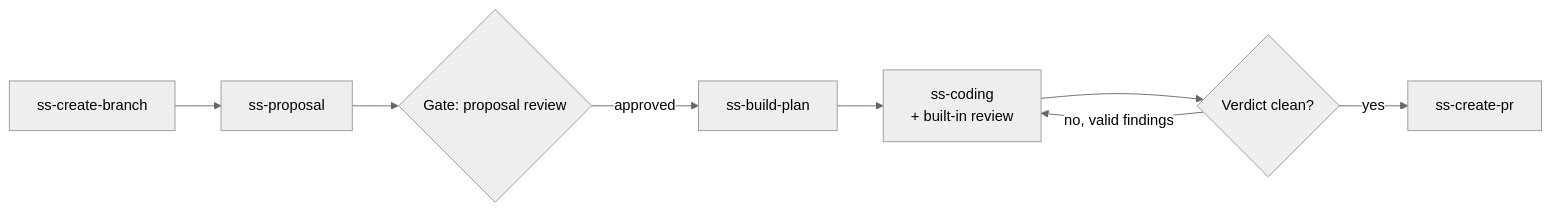
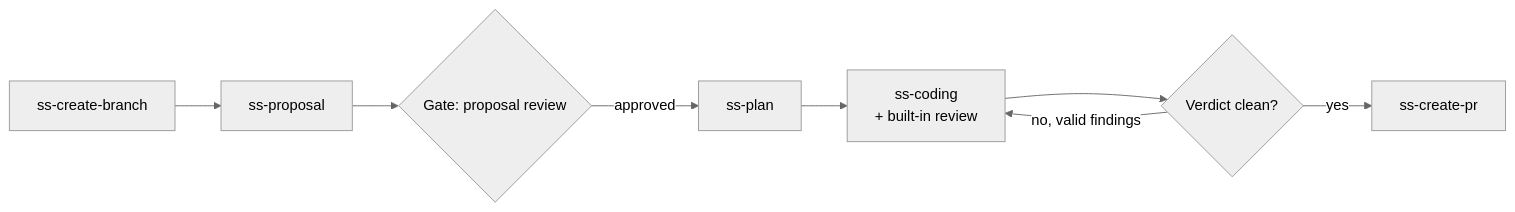
One commit to lbk-open/super-spec changed the first of 3 diagrams in docs/workflows.md. Above: the diagram before and after it, drawn with Mermaid (neutral theme). The commit also changed other lines of this file and 16 other files, not shown here.

Commit message:
refactor: rename ss-build-plan to ss-plan

````diff
--- a/docs/workflows.md
+++ b/docs/workflows.md
@@ -31,10 +31,10 @@
 ```mermaid
 flowchart LR
     A[ss-create-branch] --> B[ss-proposal]
     B --> G{Gate: proposal review}
-    G -->|approved| C[ss-build-plan]
+    G -->|approved| C[ss-plan]
     C --> D[ss-coding<br/>+ built-in review]
     D --> E{Verdict clean?}
     E -->|no, valid findings| D
     E -->|yes| F[ss-create-pr]
 ```
````
